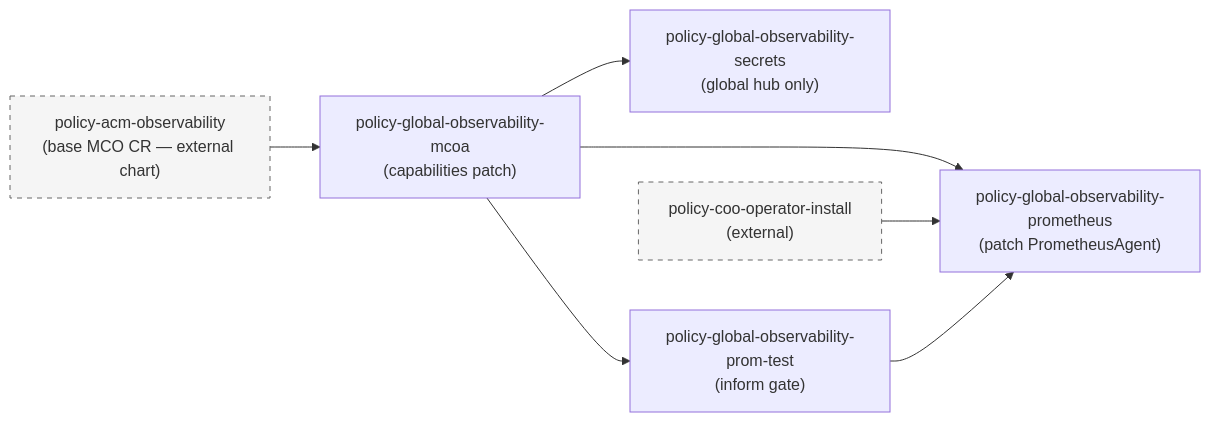
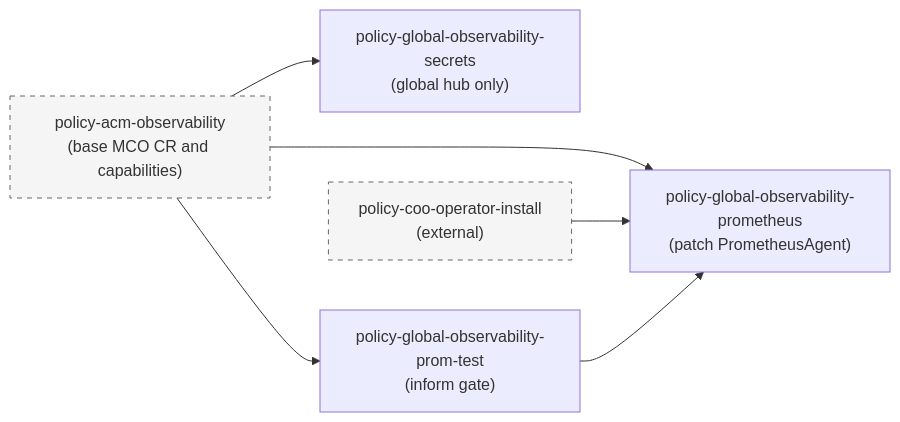
Before and after one commit to auto-shift/autoshiftv2: the third of 5 diagrams in policies/stable/global-observability/architecture.md, drawn with Mermaid. The commit also changed other lines of this file and 11 other files, not shown here.

Commit message:
moving mcoa into acm-observability policy to not lock it under global

````diff
--- a/policies/stable/global-observability/architecture.md
+++ b/policies/stable/global-observability/architecture.md
@@ -125,17 +124,15 @@
 ```mermaid
 graph LR
-    acm["policy-acm-observability<br/>(base MCO CR — external chart)"]:::ext
-    mcoa["policy-global-observability-mcoa<br/>(capabilities patch)"]
+    acm["policy-acm-observability<br/>(base MCO CR and capabilities)"]:::ext
     sec["policy-global-observability-secrets<br/>(global hub only)"]
     exists["policy-global-observability-prom-test<br/>(inform gate)"]
     coo["policy-coo-operator-install<br/>(external)"]:::ext
     prom["policy-global-observability-prometheus<br/>(patch PrometheusAgent)"]
 
-    acm --> mcoa
-    mcoa --> sec
-    mcoa --> exists
-    mcoa --> prom
+    acm --> sec
+    acm --> exists
+    acm --> prom
     coo --> prom
     exists --> prom
     classDef ext fill:#f5f5f5,stroke:#666,stroke-dasharray:5 5
 ```
````
